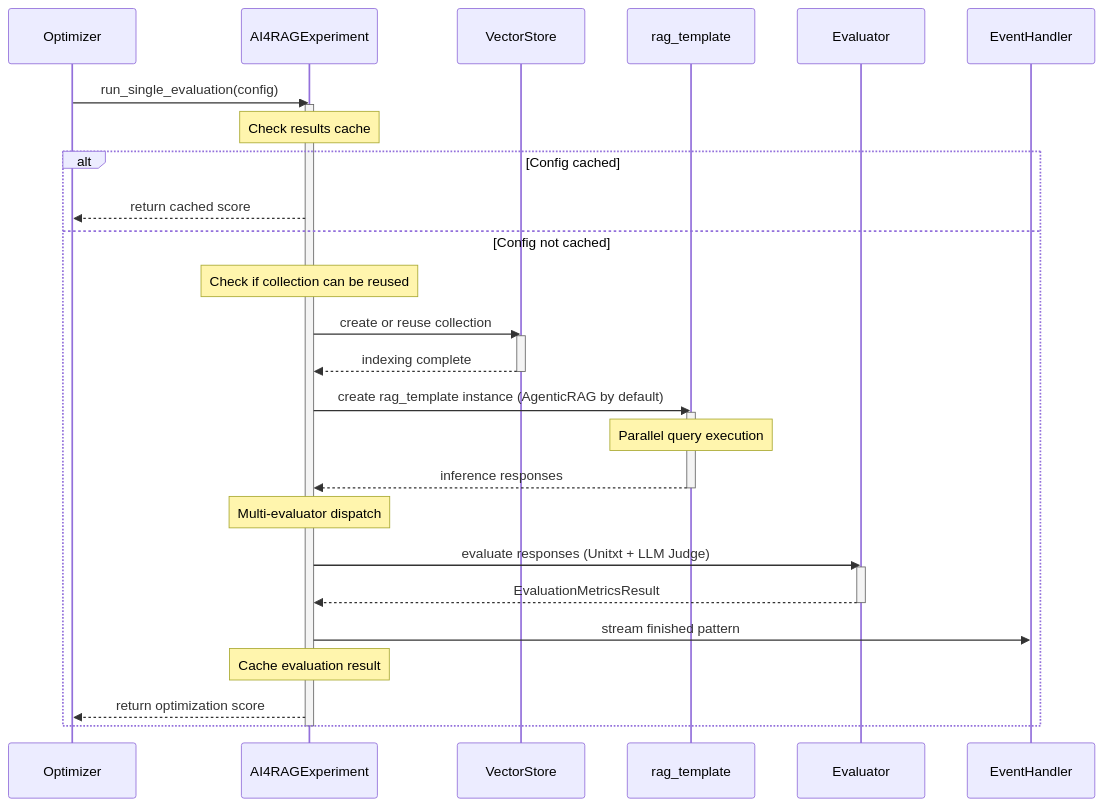
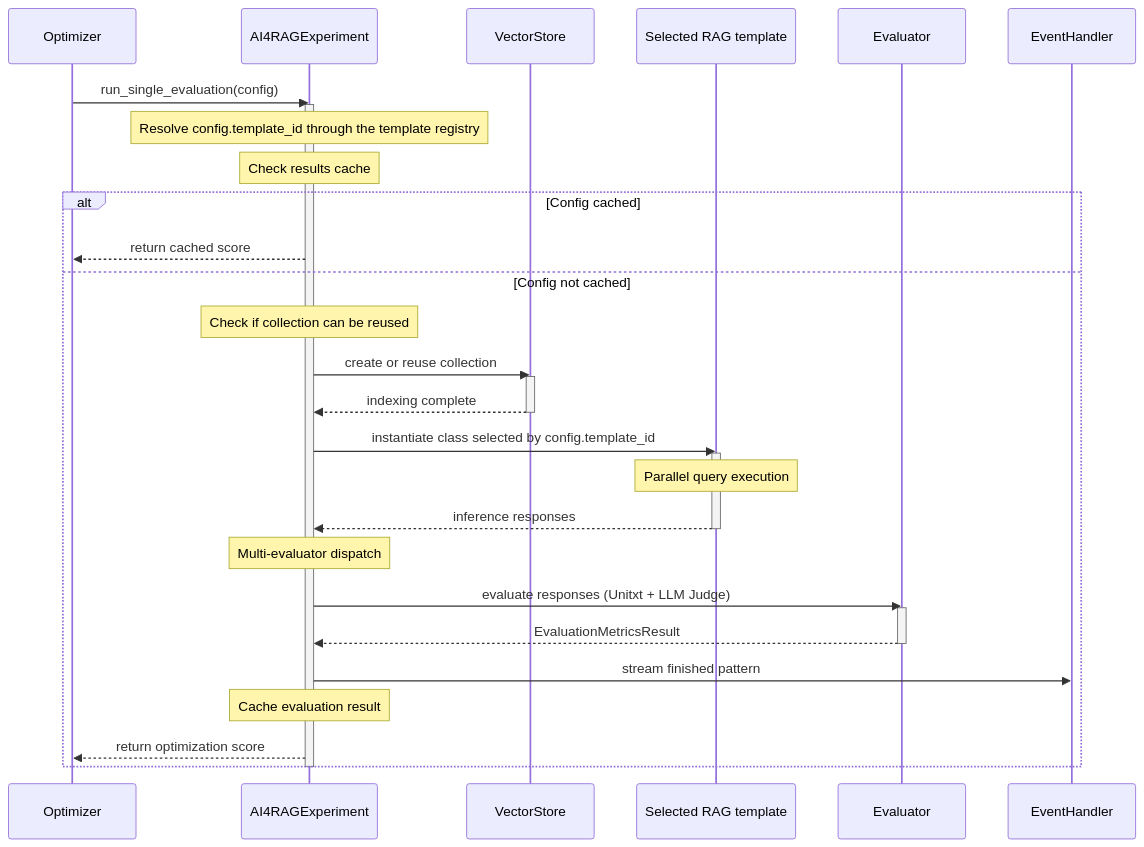
Before and after one commit to IBM/ai4rag: the second of 3 diagrams in docs/architecture/core-components.md, drawn with Mermaid. The commit also changed other lines of this file and 43 other files, not shown here.

````diff
--- a/docs/architecture/core-components.md
+++ b/docs/architecture/core-components.md
@@ -118,40 +120,41 @@
 ```mermaid
 sequenceDiagram
     participant Optimizer
     participant Exp as AI4RAGExperiment
     participant VS as VectorStore
-    participant RAG as rag_template
+    participant RAG as Selected RAG template
     participant Eval as Evaluator
     participant EH as EventHandler
 
     Optimizer->>Exp: run_single_evaluation(config)
     activate Exp
+    Note over Exp: Resolve config.template_id through the template registry
     Note over Exp: Check results cache
 
     alt Config cached
         Exp-->>Optimizer: return cached score
     else Config not cached
         Note over Exp: Check if collection can be reused
         Exp->>VS: create or reuse collection
         activate VS
         VS-->>Exp: indexing complete
         deactivate VS
 
-        Exp->>RAG: create rag_template instance (AgenticRAG by default)
+        Exp->>RAG: instantiate class selected by config.template_id
         activate RAG
         Note over RAG: Parallel query execution
         RAG-->>Exp: inference responses
         deactivate RAG
 
         Note over Exp: Multi-evaluator dispatch
         Exp->>Eval: evaluate responses (Unitxt + LLM Judge)
         activate Eval
         Eval-->>Exp: EvaluationMetricsResult
         deactivate Eval
 
         Exp->>EH: stream finished pattern
         Note over Exp: Cache evaluation result
         Exp-->>Optimizer: return optimization score
     end
     deactivate Exp
 ```
````
